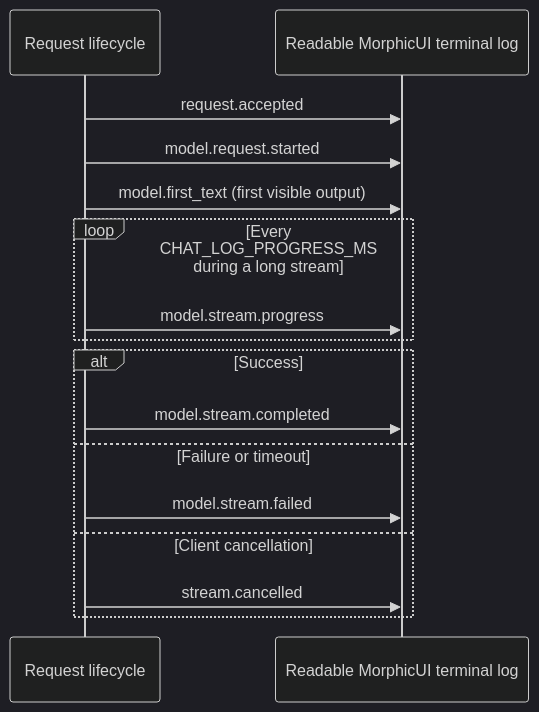
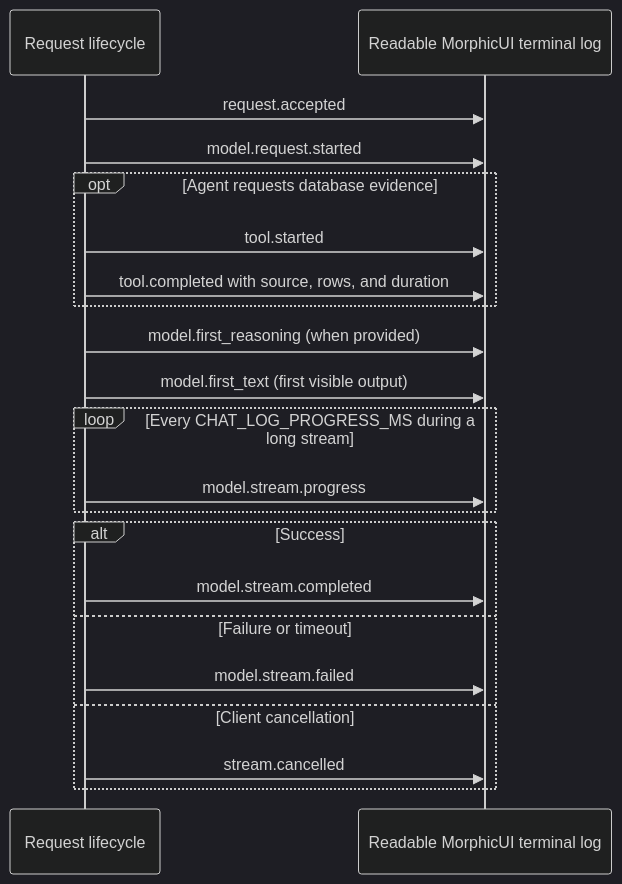
Before and after one commit to import-kunal/morphic_ui: diagram 11 of 12 in docs/architecture-lifecycle.md, drawn with Mermaid (dark theme). The commit also changed other lines of this file and 7 other files, not shown here.

First line of the commit message:
docs: update architecture and add setup and data source guides

````diff
--- a/docs/architecture-lifecycle.md
+++ b/docs/architecture-lifecycle.md
@@ -346,19 +421,24 @@
 ```mermaid
 sequenceDiagram
     participant Route as Request lifecycle
     participant Log as Readable MorphicUI terminal log
 
     Route->>Log: request.accepted
     Route->>Log: model.request.started
+    opt Agent requests database evidence
+        Route->>Log: tool.started
+        Route->>Log: tool.completed with source, rows, and duration
+    end
+    Route->>Log: model.first_reasoning (when provided)
     Route->>Log: model.first_text (first visible output)
     loop Every CHAT_LOG_PROGRESS_MS during a long stream
         Route->>Log: model.stream.progress
     end
     alt Success
         Route->>Log: model.stream.completed
     else Failure or timeout
         Route->>Log: model.stream.failed
     else Client cancellation
         Route->>Log: stream.cancelled
     end
 ```
````
